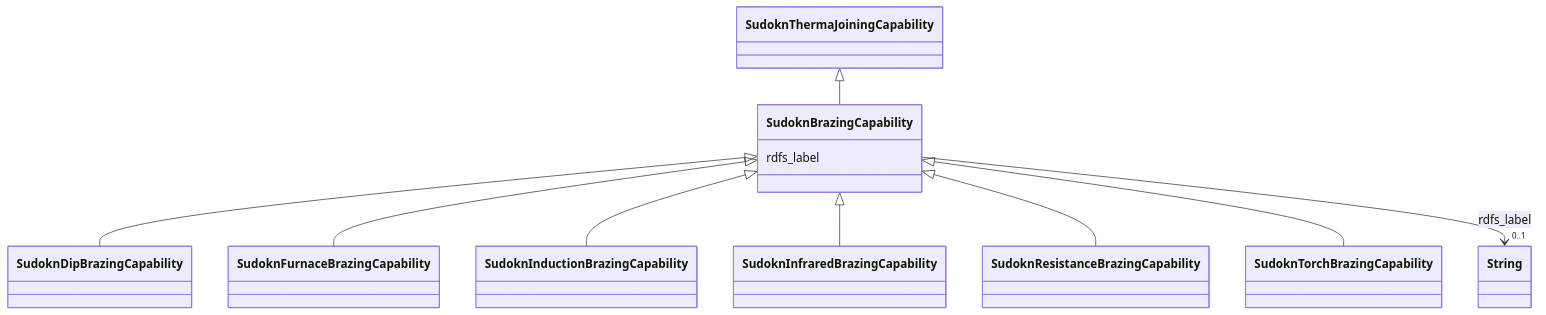
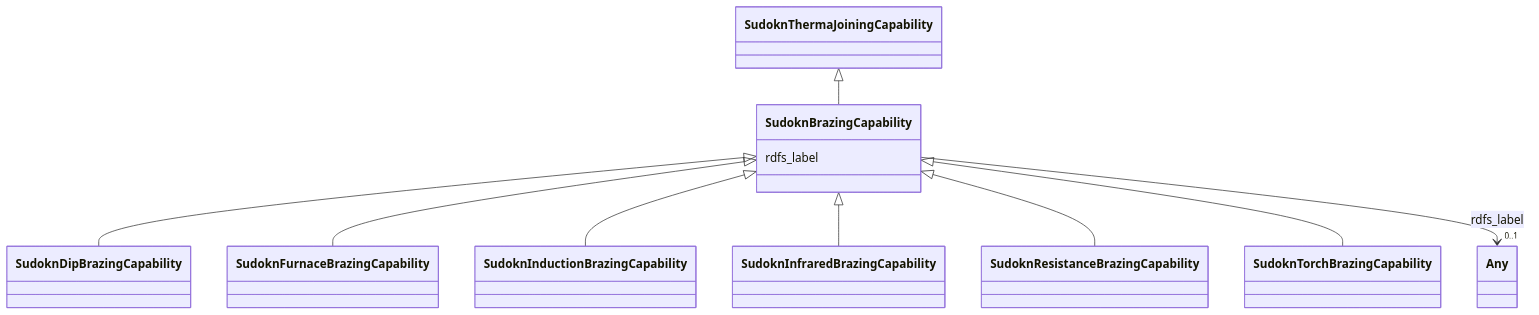
Before and after one commit to frink-okn/graph-descriptions: the diagram in sudokn-kg/classes/SudoknBrazingCapability.md, drawn with Mermaid. The commit also changed other lines of this file and 903 other files, not shown here.

````diff
--- a/sudokn-kg/classes/SudoknBrazingCapability.md
+++ b/sudokn-kg/classes/SudoknBrazingCapability.md
@@ -23,33 +18,33 @@
 ```mermaid
  classDiagram
     class SudoknBrazingCapability
     click SudoknBrazingCapability href "../SudoknBrazingCapability"
       SudoknThermaJoiningCapability <|-- SudoknBrazingCapability
         click SudoknThermaJoiningCapability href "../SudoknThermaJoiningCapability"
       
 
       SudoknBrazingCapability <|-- SudoknDipBrazingCapability
         click SudoknDipBrazingCapability href "../SudoknDipBrazingCapability"
       SudoknBrazingCapability <|-- SudoknFurnaceBrazingCapability
         click SudoknFurnaceBrazingCapability href "../SudoknFurnaceBrazingCapability"
       SudoknBrazingCapability <|-- SudoknInductionBrazingCapability
         click SudoknInductionBrazingCapability href "../SudoknInductionBrazingCapability"
       SudoknBrazingCapability <|-- SudoknInfraredBrazingCapability
         click SudoknInfraredBrazingCapability href "../SudoknInfraredBrazingCapability"
       SudoknBrazingCapability <|-- SudoknResistanceBrazingCapability
         click SudoknResistanceBrazingCapability href "../SudoknResistanceBrazingCapability"
       SudoknBrazingCapability <|-- SudoknTorchBrazingCapability
         click SudoknTorchBrazingCapability href "../SudoknTorchBrazingCapability"
       
       
       SudoknBrazingCapability : rdfs_label
         
           
     
     
-    SudoknBrazingCapability --> "0..1" String : rdfs_label
-    click String href "../String"
+    SudoknBrazingCapability --> "0..1" Any : rdfs_label
+    click Any href "../Any"
 
         
       
 ```
````
